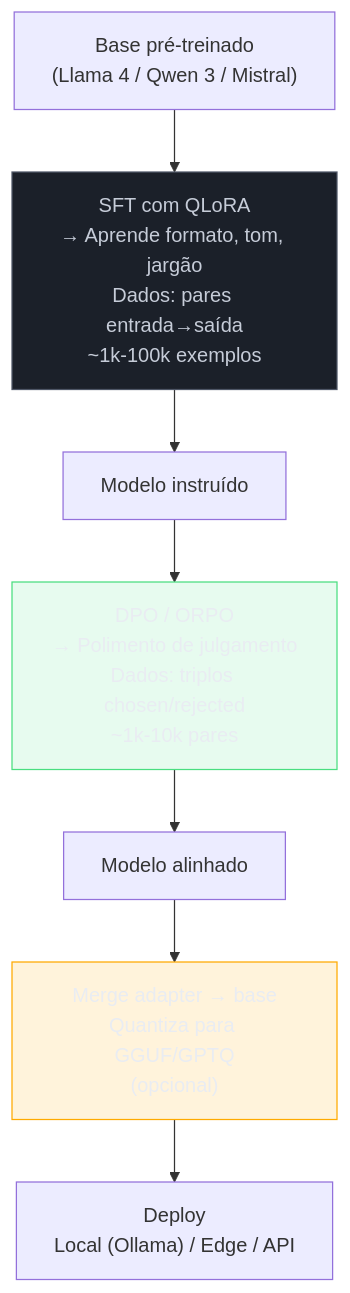
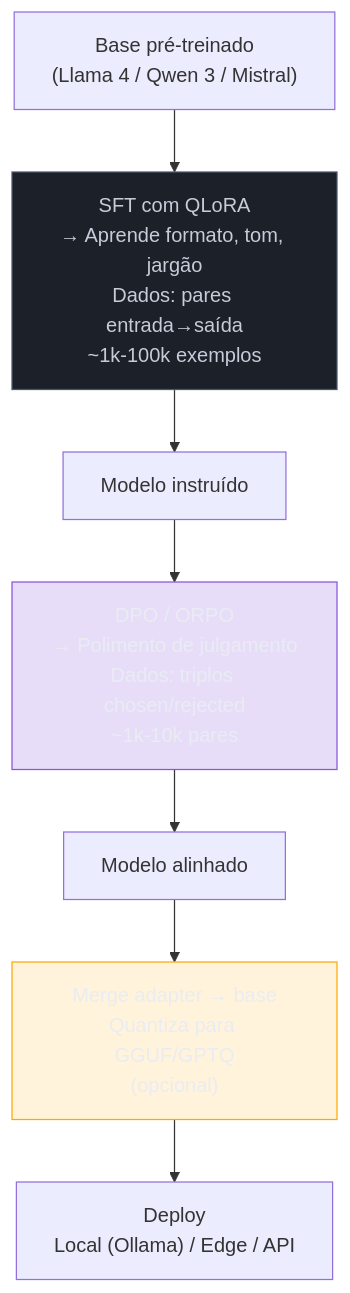
Before and after one commit to josenaldo/codex-technomanticus: the fourth of 4 diagrams in 03-Dominios/Tecnologia/IA/Anatomia dos LLMs/21 - Fine-tuning na prática — LoRA, QLoRA, DPO.md, drawn with Mermaid. The commit also changed other lines of this file and 601 other files, not shown here.

````diff
--- a/03-Dominios/Tecnologia/IA/Anatomia dos LLMs/21 - Fine-tuning na prática — LoRA, QLoRA, DPO.md
+++ b/03-Dominios/Tecnologia/IA/Anatomia dos LLMs/21 - Fine-tuning na prática — LoRA, QLoRA, DPO.md
@@ -164,18 +164,18 @@
 ```mermaid
 flowchart TD
+    classDef marca fill:#8855DF33,stroke:#8855DF,color:#E9ECF2
     classDef neutro fill:#1B2029,stroke:#4E5666,color:#C6CCD8
-    classDef ok fill:#4ADE8021,stroke:#4ADE80,color:#E9ECF2
     classDef destaque fill:#FFAA0024,stroke:#FFAA00,color:#E9ECF2
     BASE["Base pré-treinado\n(Llama 4 / Qwen 3 / Mistral)"]
     SFT["SFT com QLoRA\n→ Aprende formato, tom, jargão\nDados: pares entrada→saída\n~1k-100k exemplos"]
     INST["Modelo instruído"]
     DPO["DPO / ORPO\n→ Polimento de julgamento\nDados: triplos chosen/rejected\n~1k-10k pares"]
     ALIGN["Modelo alinhado"]
     MERGE["Merge adapter → base\nQuantiza para GGUF/GPTQ\n(opcional)"]
     DEPLOY["Deploy\nLocal (Ollama) / Edge / API"]
 
     BASE --> SFT --> INST --> DPO --> ALIGN --> MERGE --> DEPLOY
     class SFT neutro
-    class DPO ok
+    class DPO marca
     class MERGE destaque
 ```
````
